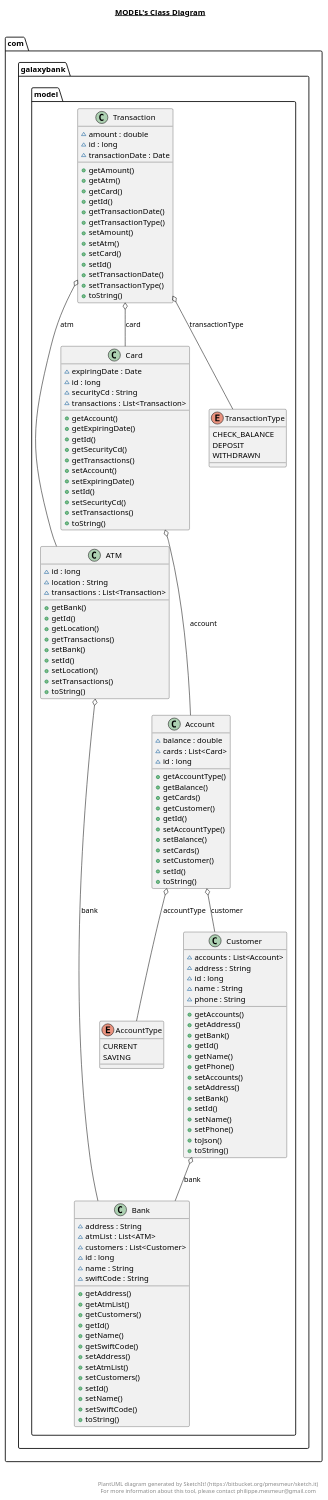
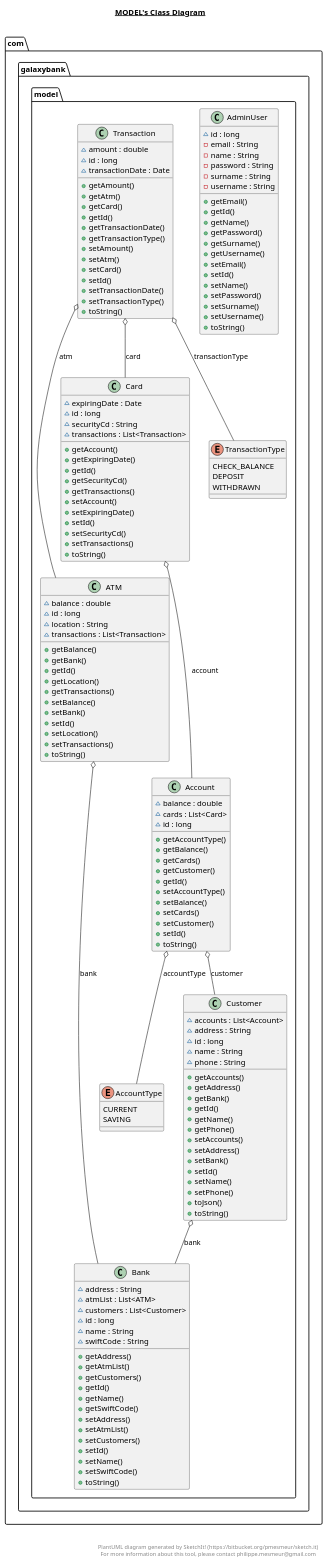
One commit to josecmarcucci005/galaxybank-atm changed the diagram in src/main/java/com/galaxybank/model/model.plantuml. Above: the diagram before and after it, drawn with PlantUML. The commit also changed 5 other files, not shown here.

Commit message:
adding final uml diagrams

```diff
--- a/src/main/java/com/galaxybank/model/model.plantuml
+++ b/src/main/java/com/galaxybank/model/model.plantuml
@@ -5,13 +5,16 @@
   namespace com.galaxybank {
     namespace model {
       class com.galaxybank.model.ATM {
+          ~ balance : double
           ~ id : long
           ~ location : String
           ~ transactions : List<Transaction>
+          + getBalance()
           + getBank()
           + getId()
           + getLocation()
           + getTransactions()
+          + setBalance()
           + setBank()
           + setId()
           + setLocation()
@@ -49,6 +52,33 @@
       enum AccountType {
         CURRENT
         SAVING
+      }
+    }
+  }
+  
+
+  namespace com.galaxybank {
+    namespace model {
+      class com.galaxybank.model.AdminUser {
+          ~ id : long
+          - email : String
+          - name : String
+          - password : String
+          - surname : String
+          - username : String
+          + getEmail()
+          + getId()
+          + getName()
+          + getPassword()
+          + getSurname()
+          + getUsername()
+          + setEmail()
+          + setId()
+          + setName()
+          + setPassword()
+          + setSurname()
+          + setUsername()
+          + toString()
       }
     }
   }
```
